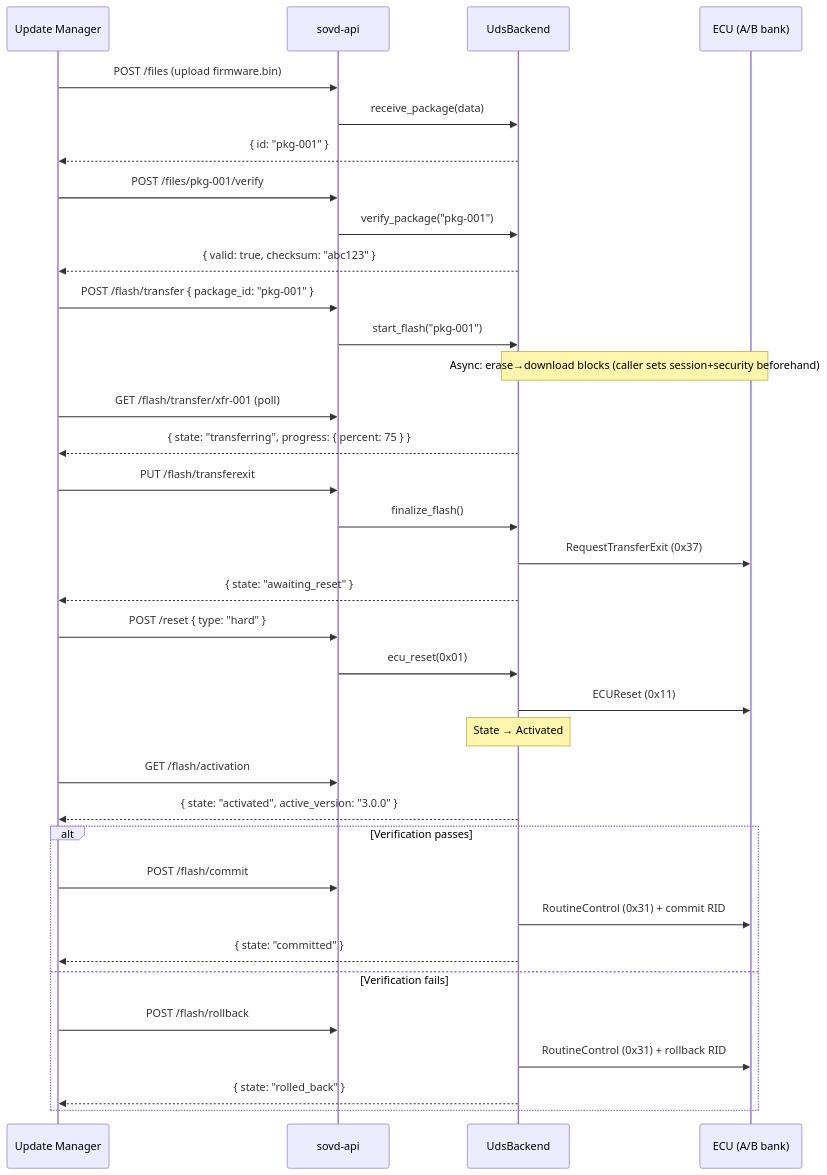
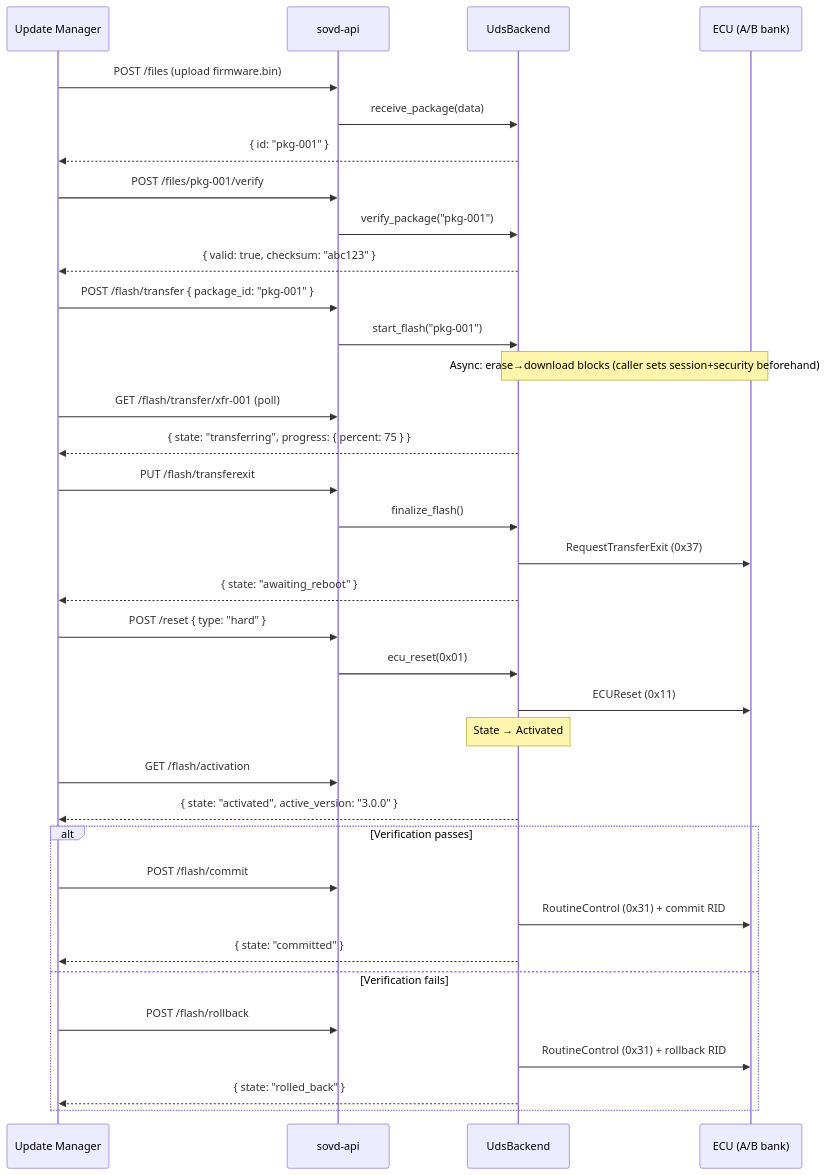
The sixth of 9 diagrams in ARCHITECTURE.md (sdv-playground/SOVDd), drawn with Mermaid before and after one commit. The commit also changed other lines of this file and 9 other files, not shown here.

First line of the commit message:
Rename FlashState AwaitingExit → AwaitingActivation, AwaitingReset → AwaitingReboot

````diff
--- a/ARCHITECTURE.md
+++ b/ARCHITECTURE.md
@@ -580,45 +580,45 @@
 ```mermaid
 sequenceDiagram
     participant M as Update Manager
     participant API as sovd-api
     participant UDS as UdsBackend
     participant ECU as ECU (A/B bank)
 
     M->>API: POST /files (upload firmware.bin)
     API->>UDS: receive_package(data)
     UDS-->>M: { id: "pkg-001" }
 
     M->>API: POST /files/pkg-001/verify
     API->>UDS: verify_package("pkg-001")
     UDS-->>M: { valid: true, checksum: "abc123" }
 
     M->>API: POST /flash/transfer { package_id: "pkg-001" }
     API->>UDS: start_flash("pkg-001")
     Note over UDS,ECU: Async: erase→download blocks (caller sets session+security beforehand)
 
     M->>API: GET /flash/transfer/xfr-001 (poll)
     UDS-->>M: { state: "transferring", progress: { percent: 75 } }
 
     M->>API: PUT /flash/transferexit
     API->>UDS: finalize_flash()
     UDS->>ECU: RequestTransferExit (0x37)
-    UDS-->>M: { state: "awaiting_reset" }
+    UDS-->>M: { state: "awaiting_reboot" }
 
     M->>API: POST /reset { type: "hard" }
     API->>UDS: ecu_reset(0x01)
     UDS->>ECU: ECUReset (0x11)
     Note over UDS: State → Activated
 
     M->>API: GET /flash/activation
     UDS-->>M: { state: "activated", active_version: "3.0.0" }
 
     alt Verification passes
         M->>API: POST /flash/commit
         UDS->>ECU: RoutineControl (0x31) + commit RID
         UDS-->>M: { state: "committed" }
     else Verification fails
         M->>API: POST /flash/rollback
         UDS->>ECU: RoutineControl (0x31) + rollback RID
         UDS-->>M: { state: "rolled_back" }
     end
 ```
````
